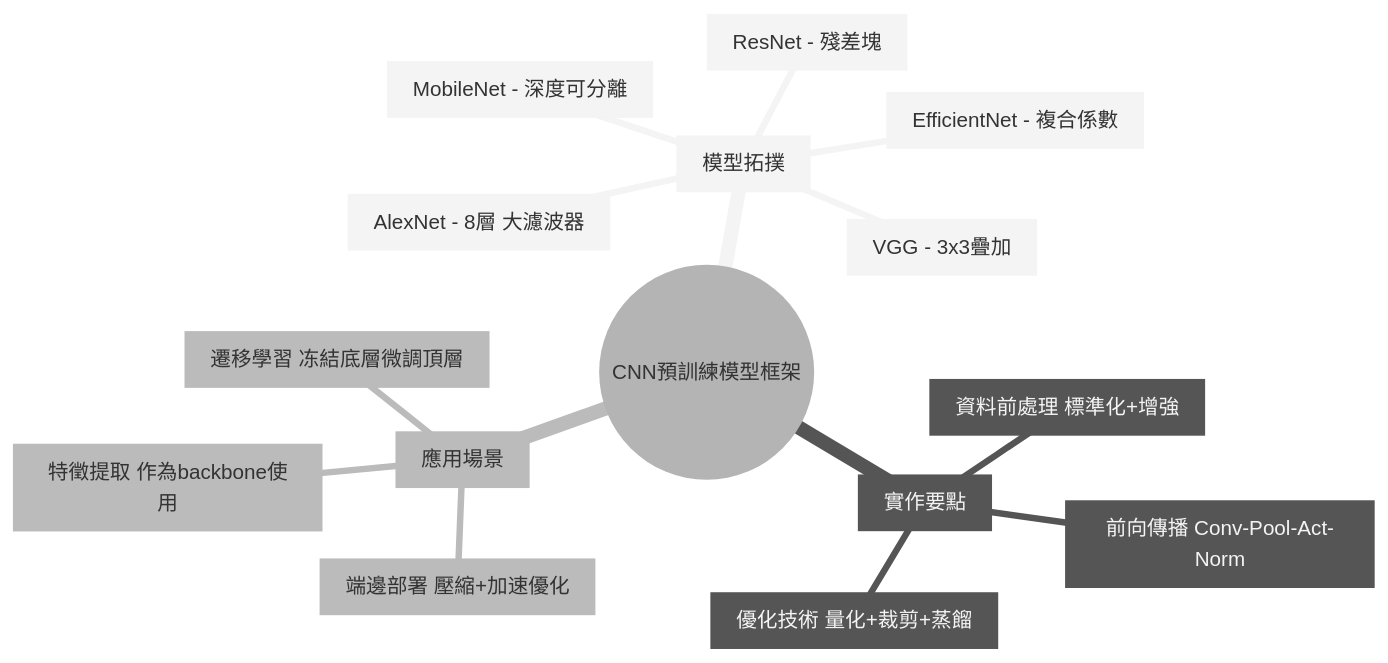
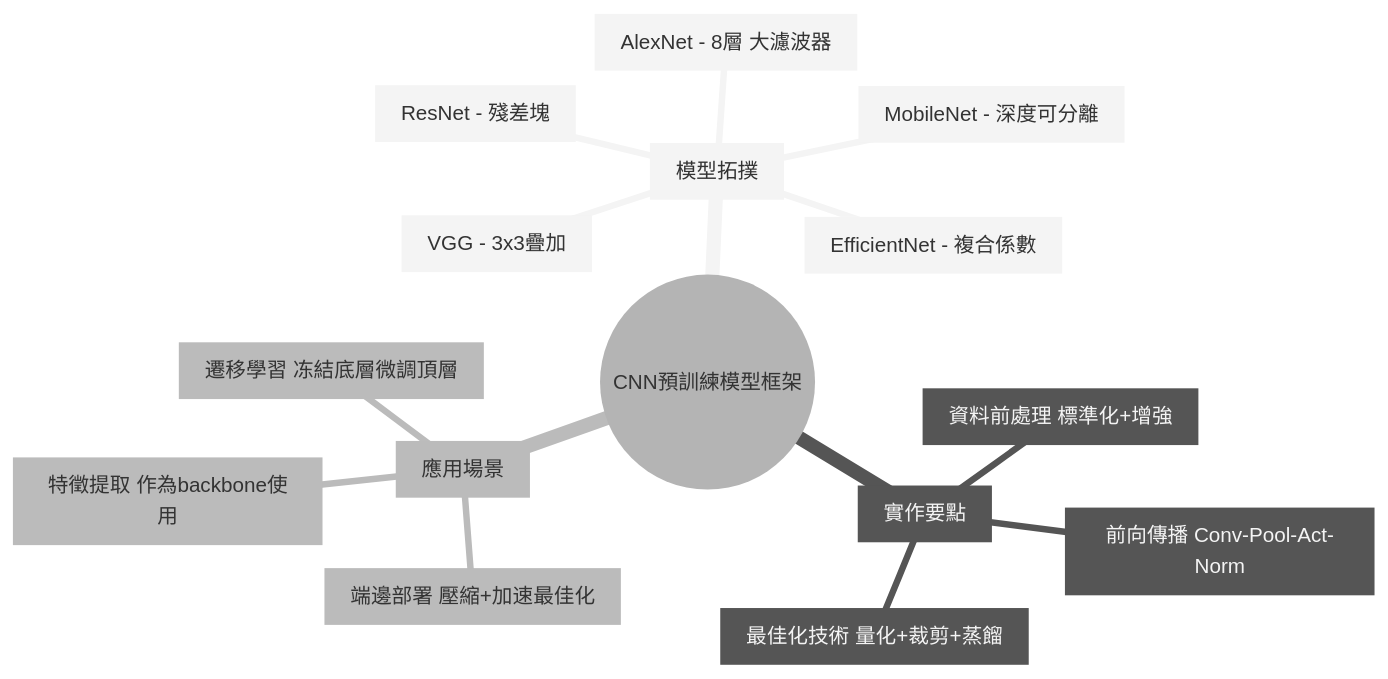
The diagram in LLM_Wiki/wiki/AI_system/cnn-pretraining-framework.md (xansxuss/OBSIDIAN_NOTES), drawn with Mermaid (neutral theme) before and after one commit. The commit also changed other lines of this file and 288 other files, not shown here.

````diff
--- a/LLM_Wiki/wiki/AI_system/cnn-pretraining-framework.md
+++ b/LLM_Wiki/wiki/AI_system/cnn-pretraining-framework.md
@@ -47,18 +57,18 @@
 ```mermaid
 mindmap
   root((CNN預訓練模型框架))
     sub1[模型拓撲]
       sub1a[AlexNet - 8層 大濾波器]
       sub1b[VGG - 3x3疊加]
       sub1c[ResNet - 殘差塊]
       sub1d[MobileNet - 深度可分離]
       sub1e[EfficientNet - 複合係數]
     sub2[實作要點]
       sub2a[資料前處理 標準化+增強]
       sub2b[前向傳播 Conv-Pool-Act-Norm]
-      sub2c[優化技術 量化+裁剪+蒸餾]
+      sub2c[最佳化技術 量化+裁剪+蒸餾]
     sub3[應用場景]
       sub3a[特徵提取 作為backbone使用]
       sub3b[遷移學習 冻結底層微調頂層]
-      sub3c[端邊部署 壓縮+加速優化]
+      sub3c[端邊部署 壓縮+加速最佳化]
 ```
````
